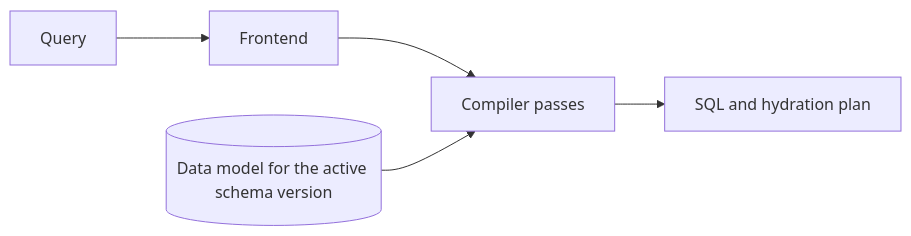
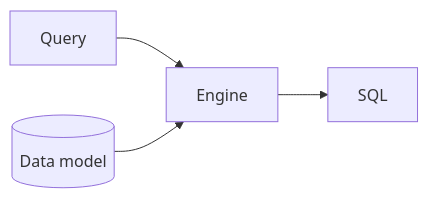
One commit to gitlabhq/orbit-knowledge-graph changed the third of 6 diagrams in docs/pages/engineering/architecture/querying/request-path.md. Above: the diagram before and after it, drawn with Mermaid. The commit also changed other lines of this file and 3 other files, not shown here.

Commit message:
docs(architecture): apply the architecture page style to the querying section and add header images

````diff
--- a/docs/pages/engineering/architecture/querying/request-path.md
+++ b/docs/pages/engineering/architecture/querying/request-path.md
@@ -62,7 +49,5 @@
 ```mermaid
 flowchart LR
-    Query --> Frontend
-    Frontend --> Passes[Compiler passes]
-    Model[(Data model for the active schema version)] --> Passes
-    Passes --> SQL[SQL and hydration plan]
+    Query --> Engine --> SQL
+    Model[(Data model)] --> Engine
 ```
````
